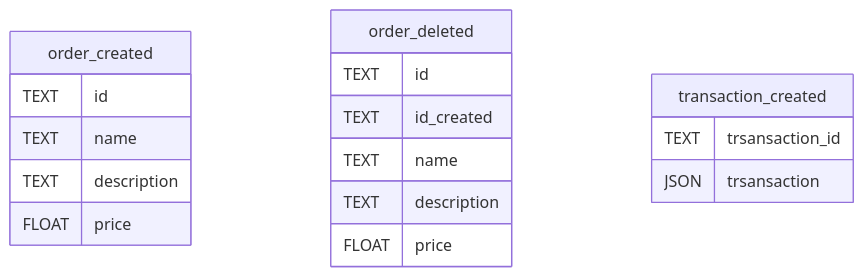
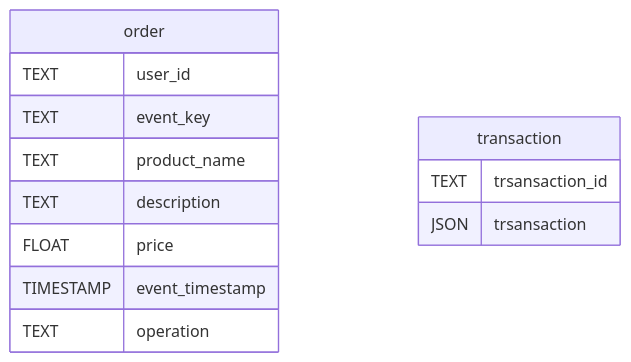
Before and after one commit to tiagornandrade/flask-api-order-python-kafka: the second of 2 diagrams in README.md, drawn with Mermaid. The commit also changed other lines of this file and 6 other files, not shown here.

````diff
--- a/README.md
+++ b/README.md
@@ -55,23 +44,18 @@
 ```mermaid
 erDiagram
 
-order_created {
-    TEXT id
-	TEXT name
+order {
+    TEXT user_id
+    TEXT event_key
+	TEXT product_name
     TEXT description
     FLOAT price
+    TIMESTAMP event_timestamp
+    TEXT operation
 }
 
-order_deleted {
-    TEXT id
-    TEXT id_created
-	TEXT name
-    TEXT description
-    FLOAT price
-}
-
-transaction_created {
+transaction {
     TEXT trsansaction_id
 	JSON trsansaction
 }
 ```
````
